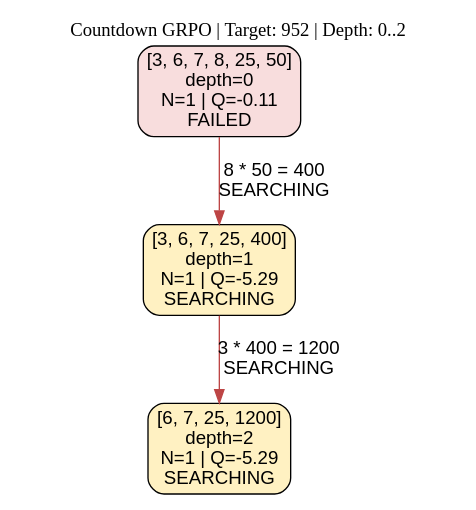
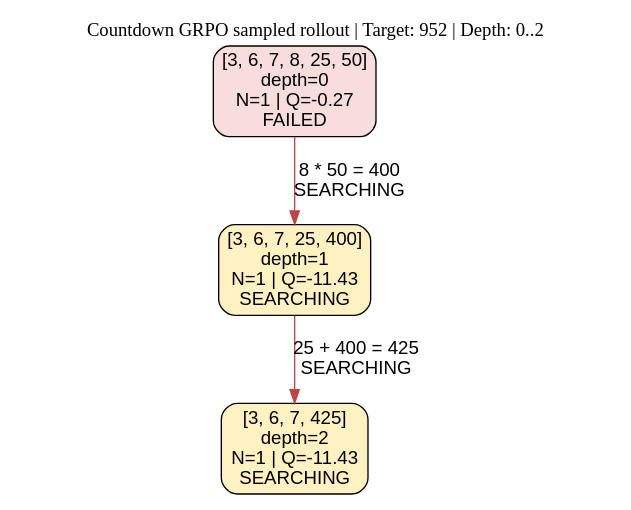
One commit to Stung1406/CD changed the diagram in tree.dot. Above: the diagram before and after it, drawn with Graphviz. The commit also changed 17 other files, not shown here.

```diff
--- a/tree.dot
+++ b/tree.dot
@@ -1,10 +1,10 @@
 digraph CountdownRL {
-    graph [rankdir="TB", ordering="out", labelloc="t", label="Countdown GRPO | Target: 952 | Depth: 0..2"];
+    graph [rankdir="TB", ordering="out", labelloc="t", label="Countdown GRPO sampled rollout | Target: 952 | Depth: 0..2"];
     node [shape="box", style="rounded,filled", fontname="Arial"];
     edge [fontname="Arial"];
-    n0 [label="[3, 6, 7, 8, 25, 50]\ndepth=0\nN=1 | Q=-0.11\nFAILED", fillcolor="#f8dddd"];
-    n1 [label="[3, 6, 7, 25, 400]\ndepth=1\nN=1 | Q=-5.29\nSEARCHING", fillcolor="#fff1c2"];
-    n2 [label="[6, 7, 25, 1200]\ndepth=2\nN=1 | Q=-5.29\nSEARCHING", fillcolor="#fff1c2"];
+    n0 [label="[3, 6, 7, 8, 25, 50]\ndepth=0\nN=1 | Q=-0.27\nFAILED", fillcolor="#f8dddd"];
+    n1 [label="[3, 6, 7, 25, 400]\ndepth=1\nN=1 | Q=-11.43\nSEARCHING", fillcolor="#fff1c2"];
+    n2 [label="[3, 6, 7, 425]\ndepth=2\nN=1 | Q=-11.43\nSEARCHING", fillcolor="#fff1c2"];
     n0 -> n1 [label="8 * 50 = 400\nSEARCHING", color="#bd4545"];
-    n1 -> n2 [label="3 * 400 = 1200\nSEARCHING", color="#bd4545"];
+    n1 -> n2 [label="25 + 400 = 425\nSEARCHING", color="#bd4545"];
 }
```
